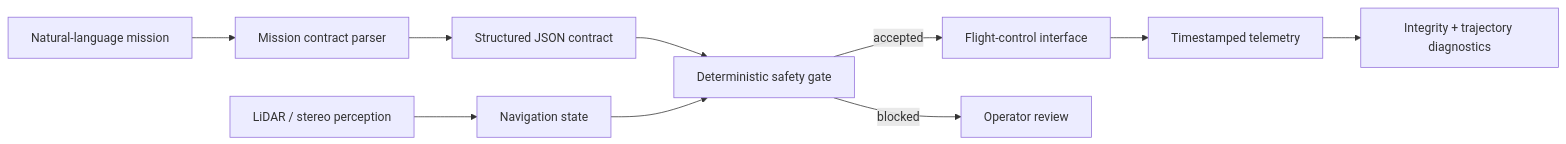
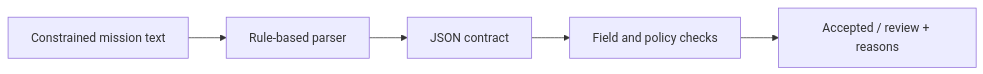
The diagram in projects/01-ai-agent-assisted-autonomous-uav/README.md (Aleck-Tao/computer-vision-autonomous-systems-portfolio), drawn with Mermaid before and after one commit. The commit also changed other lines of this file and 8 other files, not shown here.

````diff
--- a/projects/01-ai-agent-assisted-autonomous-uav/README.md
+++ b/projects/01-ai-agent-assisted-autonomous-uav/README.md
@@ -21,12 +21,7 @@
 ```mermaid
 flowchart LR
-    U["Natural-language mission"] --> P["Mission contract parser"]
-    P --> J["Structured JSON contract"]
-    J --> S["Deterministic safety gate"]
-    L["LiDAR / stereo perception"] --> N["Navigation state"]
-    N --> S
-    S -->|accepted| C["Flight-control interface"]
-    S -->|blocked| R["Operator review"]
-    C --> T["Timestamped telemetry"]
-    T --> D["Integrity + trajectory diagnostics"]
+    I["Constrained mission text"] --> P["Rule-based parser"]
+    P --> J["JSON contract"]
+    J --> G["Field and policy checks"]
+    G --> R["Accepted / review + reasons"]
 ```
````
